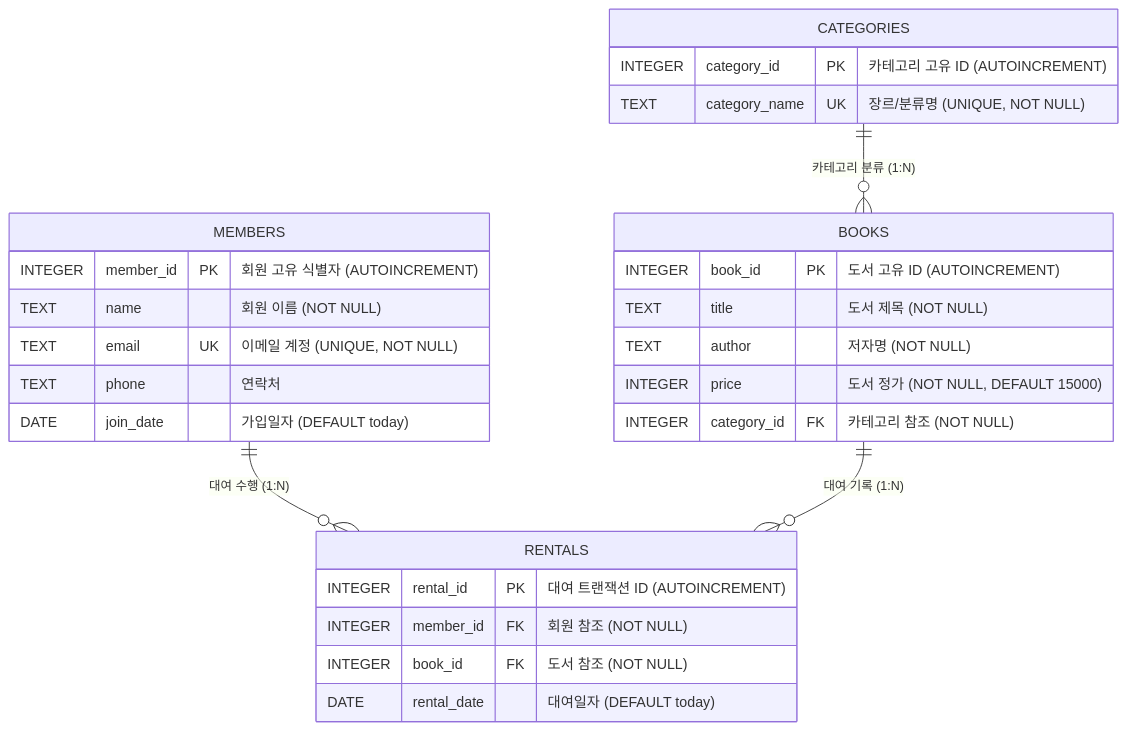
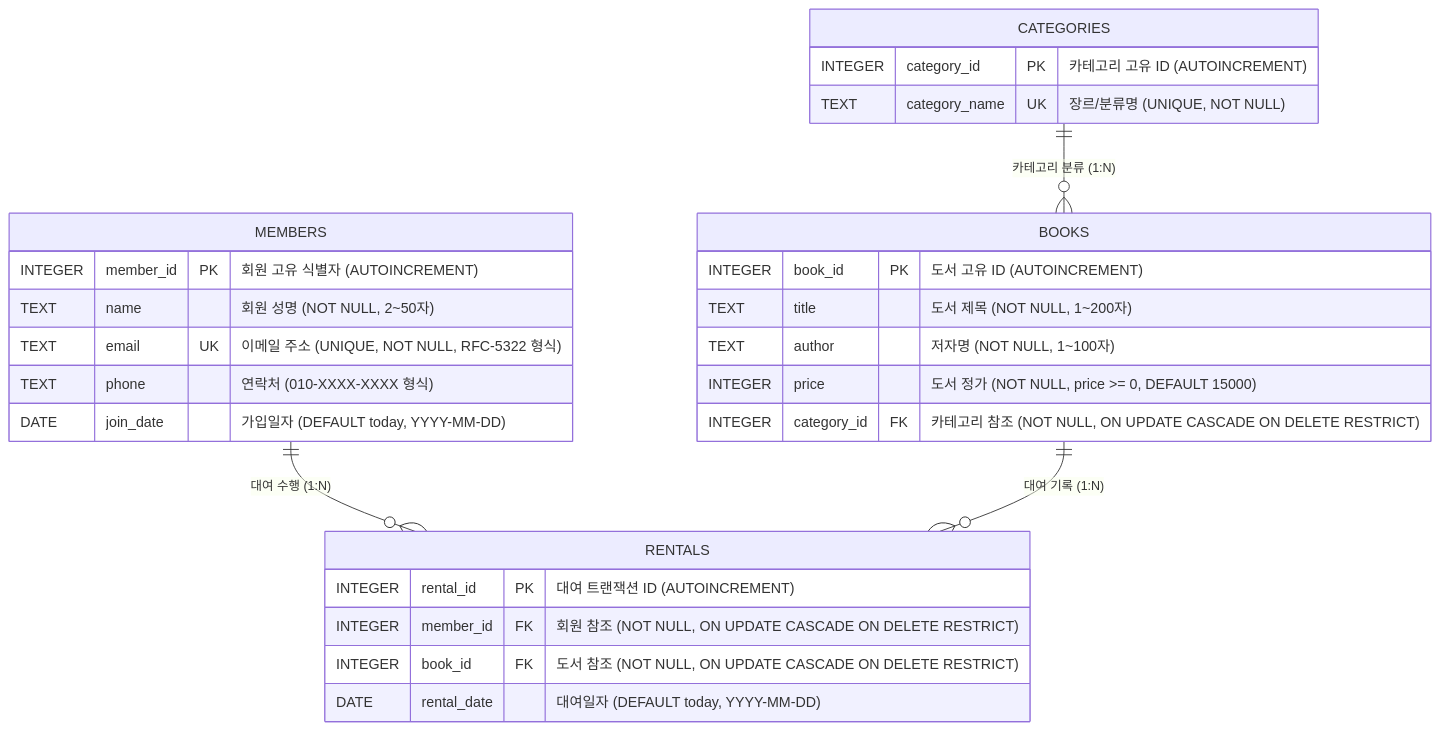
Before and after one commit to gdone9009/sql-db: the diagram in README.md, drawn with Mermaid. The commit also changed other lines of this file and 26 other files, not shown here.

````diff
--- a/README.md
+++ b/README.md
@@ -64,34 +83,34 @@
 ```mermaid
 erDiagram
     MEMBERS ||--o{ RENTALS : "대여 수행 (1:N)"
     BOOKS ||--o{ RENTALS : "대여 기록 (1:N)"
     CATEGORIES ||--o{ BOOKS : "카테고리 분류 (1:N)"
 
     MEMBERS {
         INTEGER member_id PK "회원 고유 식별자 (AUTOINCREMENT)"
-        TEXT name "회원 이름 (NOT NULL)"
-        TEXT email UK "이메일 계정 (UNIQUE, NOT NULL)"
-        TEXT phone "연락처"
-        DATE join_date "가입일자 (DEFAULT today)"
+        TEXT name "회원 성명 (NOT NULL, 2~50자)"
+        TEXT email UK "이메일 주소 (UNIQUE, NOT NULL, RFC-5322 형식)"
+        TEXT phone "연락처 (010-XXXX-XXXX 형식)"
+        DATE join_date "가입일자 (DEFAULT today, YYYY-MM-DD)"
     }
 
     CATEGORIES {
         INTEGER category_id PK "카테고리 고유 ID (AUTOINCREMENT)"
         TEXT category_name UK "장르/분류명 (UNIQUE, NOT NULL)"
     }
 
     BOOKS {
         INTEGER book_id PK "도서 고유 ID (AUTOINCREMENT)"
-        TEXT title "도서 제목 (NOT NULL)"
-        TEXT author "저자명 (NOT NULL)"
-        INTEGER price "도서 정가 (NOT NULL, DEFAULT 15000)"
-        INTEGER category_id FK "카테고리 참조 (NOT NULL)"
+        TEXT title "도서 제목 (NOT NULL, 1~200자)"
+        TEXT author "저자명 (NOT NULL, 1~100자)"
+        INTEGER price "도서 정가 (NOT NULL, price >= 0, DEFAULT 15000)"
+        INTEGER category_id FK "카테고리 참조 (NOT NULL, ON UPDATE CASCADE ON DELETE RESTRICT)"
     }
 
     RENTALS {
         INTEGER rental_id PK "대여 트랜잭션 ID (AUTOINCREMENT)"
-        INTEGER member_id FK "회원 참조 (NOT NULL)"
-        INTEGER book_id FK "도서 참조 (NOT NULL)"
-        DATE rental_date "대여일자 (DEFAULT today)"
+        INTEGER member_id FK "회원 참조 (NOT NULL, ON UPDATE CASCADE ON DELETE RESTRICT)"
+        INTEGER book_id FK "도서 참조 (NOT NULL, ON UPDATE CASCADE ON DELETE RESTRICT)"
+        DATE rental_date "대여일자 (DEFAULT today, YYYY-MM-DD)"
     }
 ```
````
